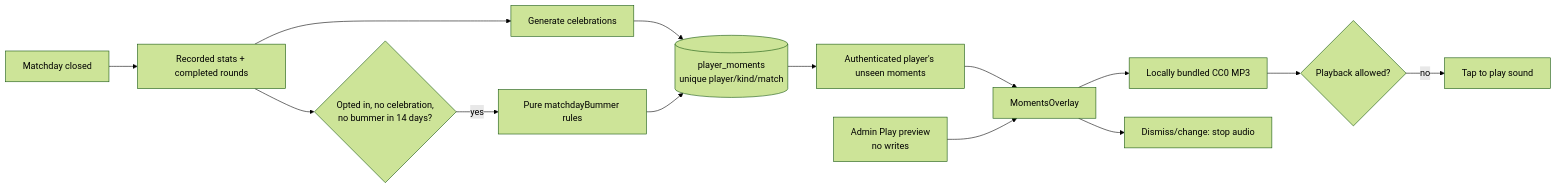
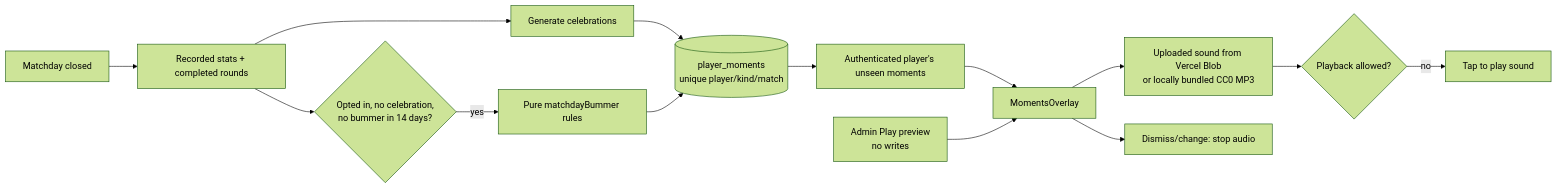
Diagram 13 of 14 in docs/ARCHITECTURE.md (MarwanTaher/Sideline), drawn with Mermaid (forest theme) before and after one commit. The commit also changed other lines of this file and 16 other files, not shown here.

````diff
--- a/docs/ARCHITECTURE.md
+++ b/docs/ARCHITECTURE.md
@@ -424,16 +424,16 @@
 ```mermaid
 flowchart LR
   CLOSE[Matchday closed] --> FACTS[Recorded stats + completed rounds]
   FACTS --> POSITIVE[Generate celebrations]
   FACTS --> GUARD{Opted in, no celebration,<br/>no bummer in 14 days?}
   GUARD -- yes --> RULES[Pure matchdayBummer rules]
   POSITIVE --> STORE[(player_moments<br/>unique player/kind/match)]
   RULES --> STORE
   STORE --> GATE[Authenticated player's unseen moments]
   GATE --> CARD[MomentsOverlay]
   PREVIEW[Admin Play preview<br/>no writes] --> CARD
-  CARD --> SOUND[Locally bundled CC0 MP3]
+  CARD --> SOUND[Uploaded sound from Vercel Blob<br/>or locally bundled CC0 MP3]
   SOUND --> AUTOPLAY{Playback allowed?}
   AUTOPLAY -- no --> TAP[Tap to play sound]
   CARD --> STOP[Dismiss/change: stop audio]
 ```
````
